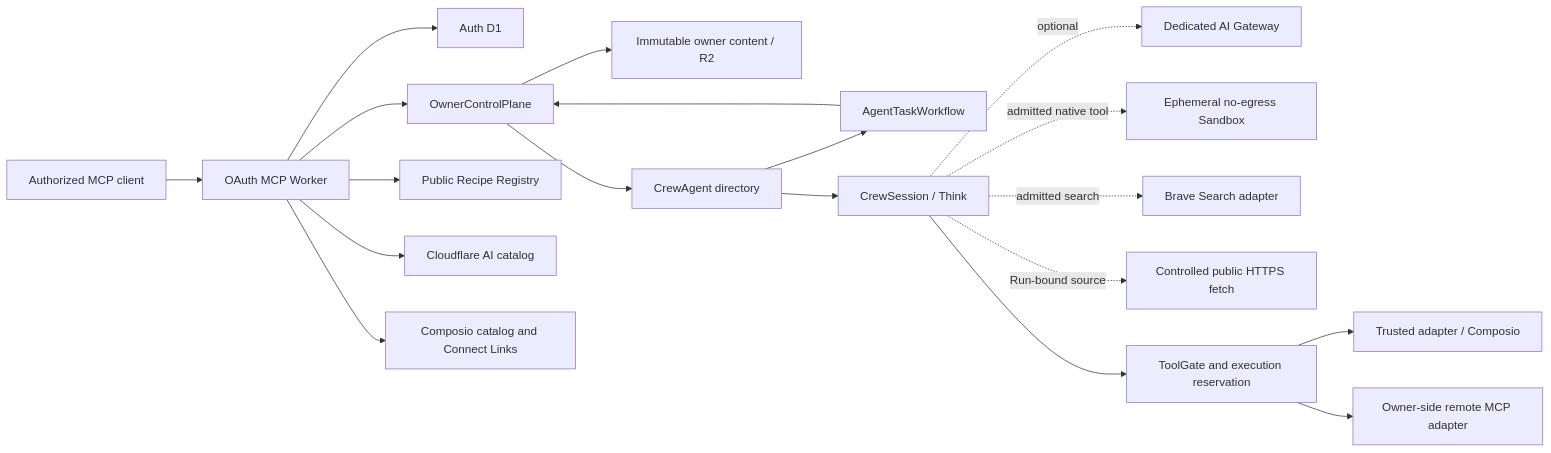
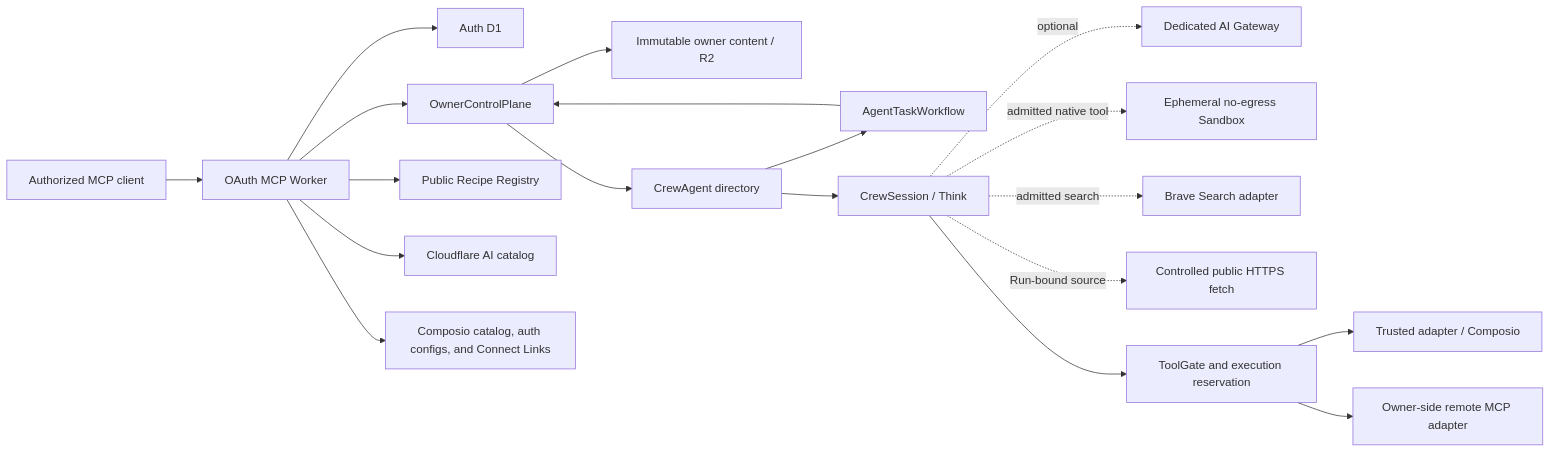
One commit to fkrein1/crewhelm changed the diagram in docs/architecture/system.md. Above: the diagram before and after it, drawn with Mermaid. The commit also changed other lines of this file and 20 other files, not shown here.

First line of the commit message:
fix: support Composio credential setup flows

````diff
--- a/docs/architecture/system.md
+++ b/docs/architecture/system.md
@@ -11,21 +11,21 @@
 ```mermaid
 flowchart LR
     MCP["Authorized MCP client"] --> Worker["OAuth MCP Worker"]
     Worker --> Auth["Auth D1"]
     Worker --> Owner["OwnerControlPlane"]
     Worker --> Registry["Public Recipe Registry"]
     Worker --> ModelCatalog["Cloudflare AI catalog"]
     Owner --> Content["Immutable owner content / R2"]
     Owner --> Agent["CrewAgent directory"]
     Agent --> Workflow["AgentTaskWorkflow"]
     Workflow --> Owner
     Agent --> Session["CrewSession / Think"]
     Session -. optional .-> Gateway["Dedicated AI Gateway"]
     Session -. admitted native tool .-> Sandbox["Ephemeral no-egress Sandbox"]
     Session -. admitted search .-> Search["Brave Search adapter"]
     Session -. Run-bound source .-> Web["Controlled public HTTPS fetch"]
-    Worker --> Catalog["Composio catalog and Connect Links"]
+    Worker --> Catalog["Composio catalog, auth configs, and Connect Links"]
     Session --> Gate["ToolGate and execution reservation"]
     Gate --> Composio["Trusted adapter / Composio"]
     Gate --> RemoteMCP["Owner-side remote MCP adapter"]
 ```
````
